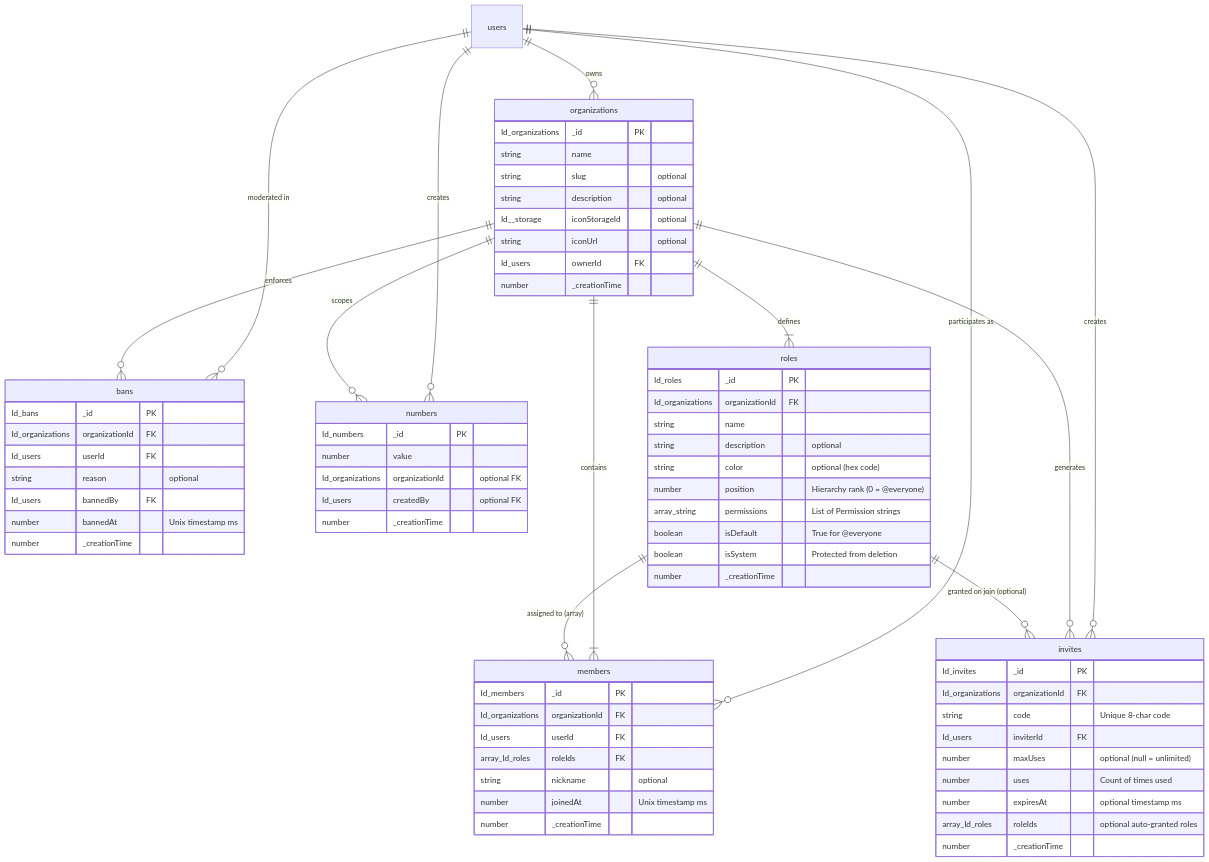
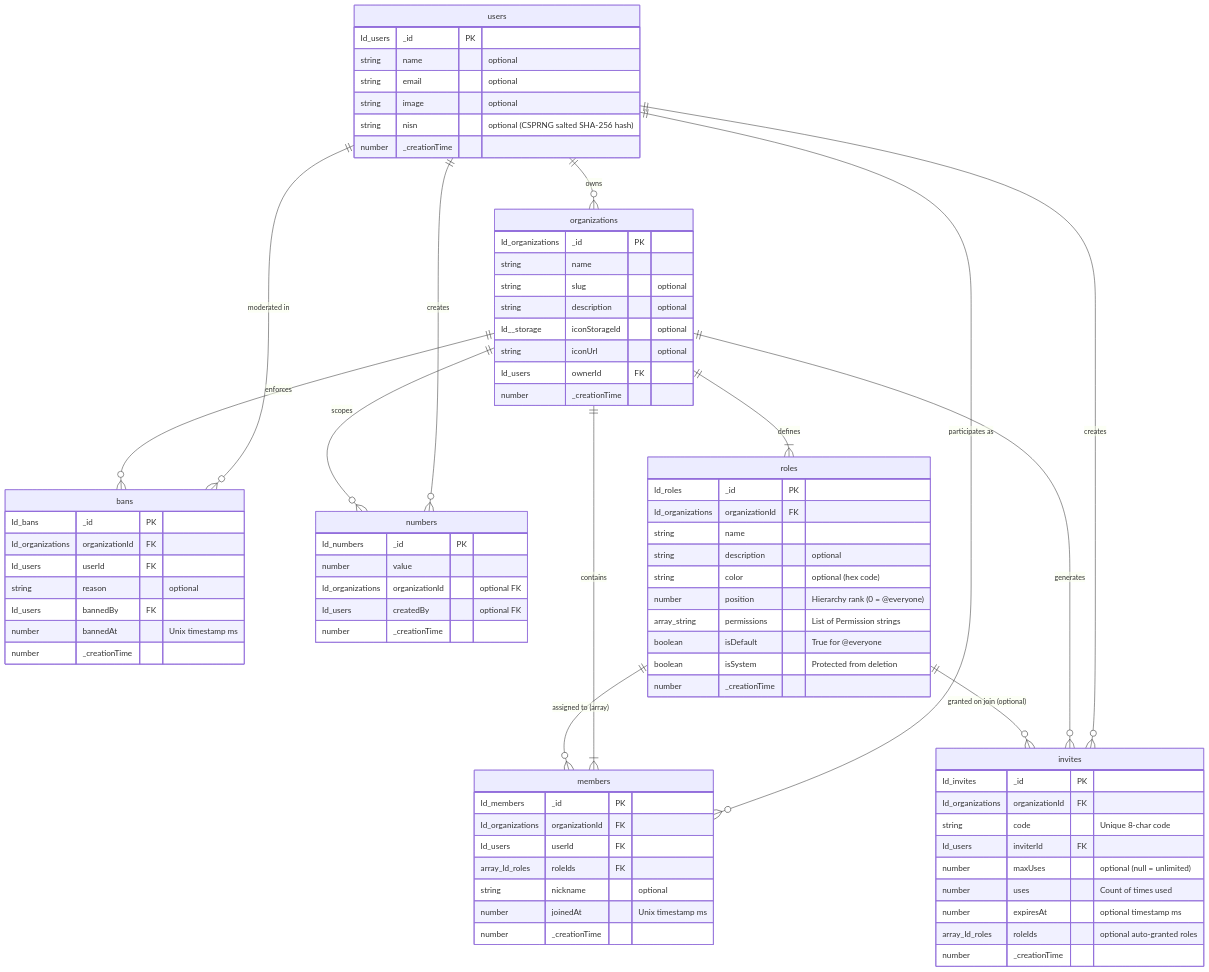
One commit to BoredKevin/kasly changed the diagram in docs/backend/schema.md. Above: the diagram before and after it, drawn with Mermaid. The commit also changed other lines of this file and 2 other files, not shown here.

Commit message:
docs(backend): update schema, RBAC permissions, and API reference for NISN & settings

```diff
--- a/docs/backend/schema.md
+++ b/docs/backend/schema.md
@@ -22,6 +22,15 @@
 
     roles ||--o{ members : "assigned to (array)"
     roles ||--o{ invites : "granted on join (optional)"
+
+    users {
+        Id_users _id PK
+        string name "optional"
+        string email "optional"
+        string image "optional"
+        string nisn "optional (CSPRNG salted SHA-256 hash)"
+        number _creationTime
+    }
 
     organizations {
         Id_organizations _id PK
```
